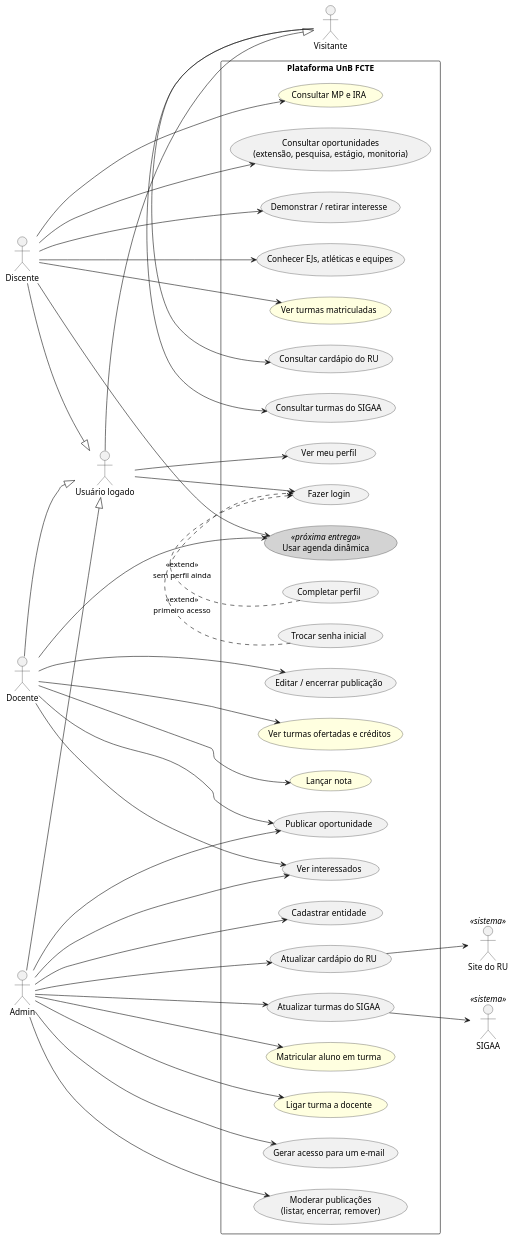
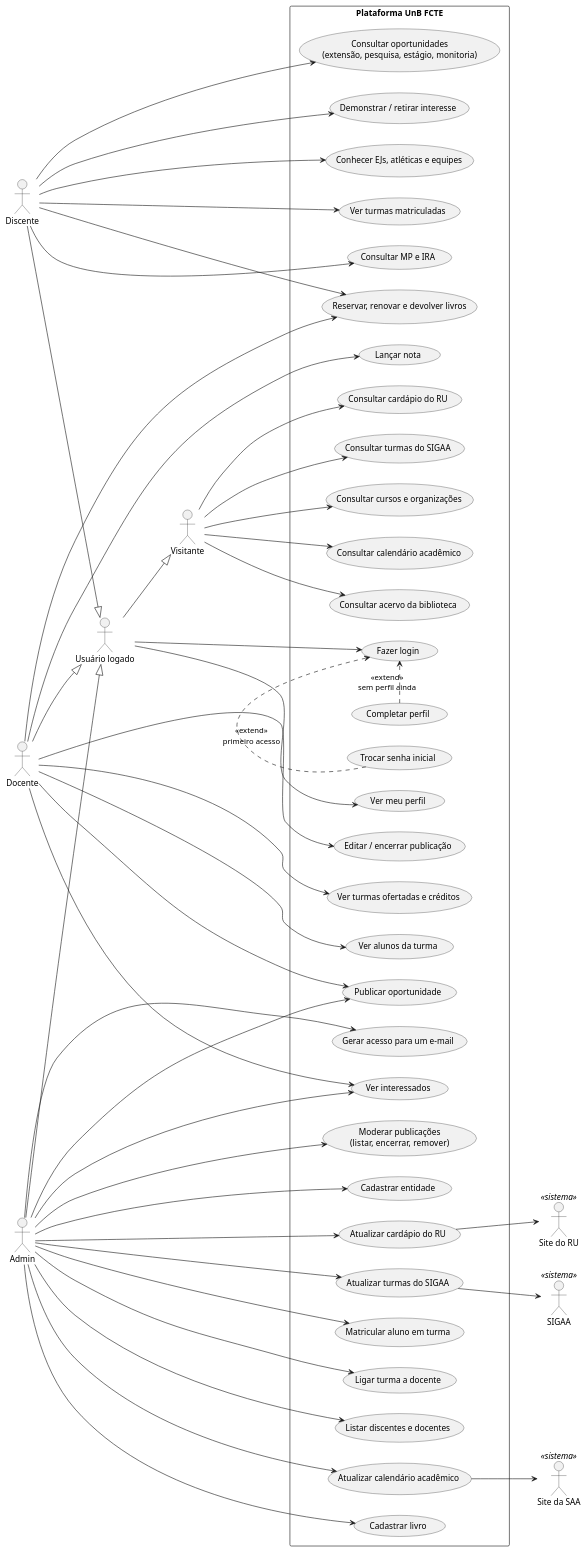
Before and after one commit to gioliberau/Plataforma_UnB_FCTE: the second of 2 diagrams in docs/diagramas.md, drawn with PlantUML. The commit also changed other lines of this file and 35 other files, not shown here.

````diff
--- a/docs/diagramas.md
+++ b/docs/diagramas.md
@@ -112,6 +112,7 @@
 actor Admin
 actor "SIGAA" as SIGAA <<sistema>>
 actor "Site do RU" as RU <<sistema>>
+actor "Site da SAA" as SAA <<sistema>>
 
 Usuario --|> Visitante
 Discente --|> Usuario
@@ -122,26 +123,31 @@
   ' ---------- portal público ----------
   usecase "Consultar cardápio do RU" as UC_RU
   usecase "Consultar turmas do SIGAA" as UC_TURMAS
+  usecase "Consultar cursos e organizações" as UC_CURSOS
+  usecase "Consultar calendário acadêmico" as UC_CALENDARIO
+  usecase "Consultar acervo da biblioteca" as UC_ACERVO
 
   ' ---------- acesso ----------
   usecase "Fazer login" as UC_LOGIN
   usecase "Trocar senha inicial" as UC_SENHA
   usecase "Completar perfil" as UC_PERFIL
   usecase "Ver meu perfil" as UC_VERPERFIL
+  usecase "Reservar, renovar e devolver livros" as UC_EMPRESTIMO
 
   ' ---------- discente ----------
   usecase "Consultar oportunidades\n(extensão, pesquisa, estágio, monitoria)" as UC_OPS
   usecase "Demonstrar / retirar interesse" as UC_INTERESSE
   usecase "Conhecer EJs, atléticas e equipes" as UC_ENTIDADES
-  usecase "Ver turmas matriculadas" as UC_MINHAS #LightYellow
-  usecase "Consultar MP e IRA" as UC_IRA #LightYellow
+  usecase "Ver turmas matriculadas" as UC_MINHAS
+  usecase "Consultar MP e IRA" as UC_IRA
 
   ' ---------- docente ----------
   usecase "Publicar oportunidade" as UC_PUBLICAR
   usecase "Editar / encerrar publicação" as UC_EDITAR
   usecase "Ver interessados" as UC_INTERESSADOS
-  usecase "Ver turmas ofertadas e créditos" as UC_OFERTADAS #LightYellow
-  usecase "Lançar nota" as UC_NOTA #LightYellow
+  usecase "Ver turmas ofertadas e créditos" as UC_OFERTADAS
+  usecase "Ver alunos da turma" as UC_ALUNOS
+  usecase "Lançar nota" as UC_NOTA
 
   ' ---------- admin ----------
   usecase "Gerar acesso para um e-mail" as UC_ACESSO
@@ -149,15 +155,18 @@
   usecase "Cadastrar entidade" as UC_CADENT
   usecase "Atualizar cardápio do RU" as UC_ATUALRU
   usecase "Atualizar turmas do SIGAA" as UC_ATUALSIGAA
-  usecase "Matricular aluno em turma" as UC_MATRICULAR #LightYellow
-  usecase "Ligar turma a docente" as UC_ATRIBUIR #LightYellow
-
-  ' ---------- próximas entregas ----------
-  usecase "Usar agenda dinâmica" as UC_AGENDA <<próxima entrega>> #LightGray
+  usecase "Matricular aluno em turma" as UC_MATRICULAR
+  usecase "Ligar turma a docente" as UC_ATRIBUIR
+  usecase "Listar discentes e docentes" as UC_USUARIOS
+  usecase "Atualizar calendário acadêmico" as UC_ATUALCAL
+  usecase "Cadastrar livro" as UC_LIVRO
 }
 
 Visitante --> UC_RU
 Visitante --> UC_TURMAS
+Visitante --> UC_CURSOS
+Visitante --> UC_CALENDARIO
+Visitante --> UC_ACERVO
 
 Usuario --> UC_LOGIN
 UC_SENHA .> UC_LOGIN : <<extend>>\nprimeiro acesso
@@ -169,14 +178,15 @@
 Discente --> UC_ENTIDADES
 Discente --> UC_MINHAS
 Discente --> UC_IRA
-Discente --> UC_AGENDA
+Discente --> UC_EMPRESTIMO
 
 Docente --> UC_PUBLICAR
 Docente --> UC_EDITAR
 Docente --> UC_INTERESSADOS
 Docente --> UC_OFERTADAS
+Docente --> UC_ALUNOS
 Docente --> UC_NOTA
-Docente --> UC_AGENDA
+Docente --> UC_EMPRESTIMO
 
 Admin --> UC_ACESSO
 Admin --> UC_PUBLICAR
@@ -187,8 +197,12 @@
 Admin --> UC_ATUALSIGAA
 Admin --> UC_MATRICULAR
 Admin --> UC_ATRIBUIR
+Admin --> UC_USUARIOS
+Admin --> UC_ATUALCAL
+Admin --> UC_LIVRO
 
 UC_ATUALRU --> RU
 UC_ATUALSIGAA --> SIGAA
+UC_ATUALCAL --> SAA
 @enduml
 ```
````
